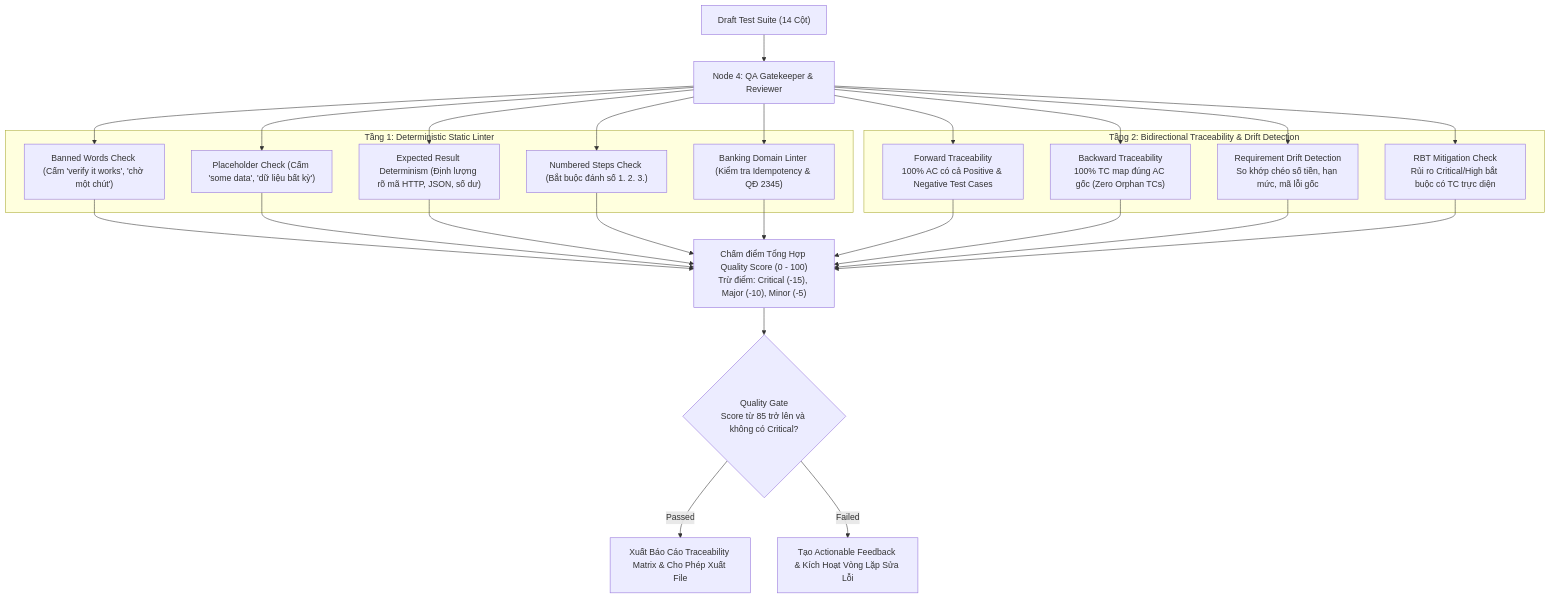
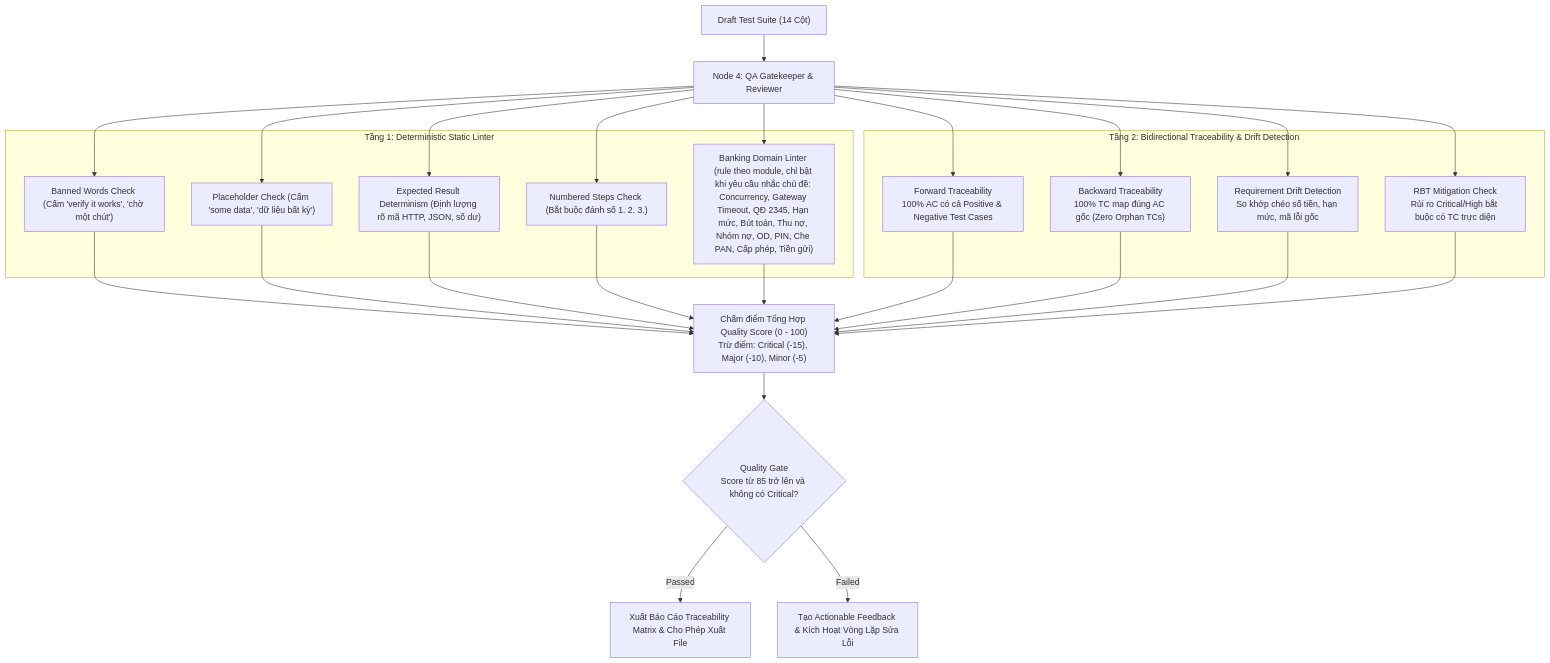
One commit to gary1633/qa-ai-gen-testcase changed the fifth of 7 diagrams in docs/system_architecture_charts.md. Above: the diagram before and after it, drawn with Mermaid. The commit also changed other lines of this file and 54 other files, not shown here.

````diff
--- a/docs/system_architecture_charts.md
+++ b/docs/system_architecture_charts.md
@@ -194,44 +194,44 @@
 ```mermaid
 flowchart TD
     TC["Draft Test Suite (14 Cột)"] --> REV["Node 4: QA Gatekeeper & Reviewer"]
     
     subgraph Layer1_Linter ["Tầng 1: Deterministic Static Linter"]
         L1["Banned Words Check (Cấm 'verify it works', 'chờ một chút')"]
         L2["Placeholder Check (Cấm 'some data', 'dữ liệu bất kỳ')"]
         L3["Expected Result Determinism (Định lượng rõ mã HTTP, JSON, số dư)"]
         L4["Numbered Steps Check (Bắt buộc đánh số 1. 2. 3.)"]
-        L5["Banking Domain Linter (Kiểm tra Idempotency & QĐ 2345)"]
+        L5["Banking Domain Linter (rule theo module, chỉ bật khi yêu cầu nhắc chủ đề: Concurrency, Gateway Timeout, QĐ 2345, Hạn mức, Bút toán, Thu nợ, Nhóm nợ, OD, PIN, Che PAN, Cấp phép, Tiền gửi)"]
     end
 
     subgraph Layer2_Traceability ["Tầng 2: Bidirectional Traceability & Drift Detection"]
         TR1["Forward Traceability<br/>100% AC có cả Positive & Negative Test Cases"]
         TR2["Backward Traceability<br/>100% TC map đúng AC gốc (Zero Orphan TCs)"]
         TR3["Requirement Drift Detection<br/>So khớp chéo số tiền, hạn mức, mã lỗi gốc"]
         TR4["RBT Mitigation Check<br/>Rủi ro Critical/High bắt buộc có TC trực diện"]
     end
 
     REV --> L1
     REV --> L2
     REV --> L3
     REV --> L4
     REV --> L5
 
     REV --> TR1
     REV --> TR2
     REV --> TR3
     REV --> TR4
 
     L1 --> CALC["Chấm điểm Tổng Hợp Quality Score (0 - 100)<br/>Trừ điểm: Critical (-15), Major (-10), Minor (-5)"]
     L2 --> CALC
     L3 --> CALC
     L4 --> CALC
     L5 --> CALC
     TR1 --> CALC
     TR2 --> CALC
     TR3 --> CALC
     TR4 --> CALC
     
     CALC --> GATE{"Quality Gate<br/>Score từ 85 trở lên và không có Critical?"}
     GATE -->|Passed| REP_PASS["Xuất Báo Cáo Traceability Matrix & Cho Phép Xuất File"]
     GATE -->|Failed| REP_FAIL["Tạo Actionable Feedback & Kích Hoạt Vòng Lặp Sửa Lỗi"]
 ```
````
